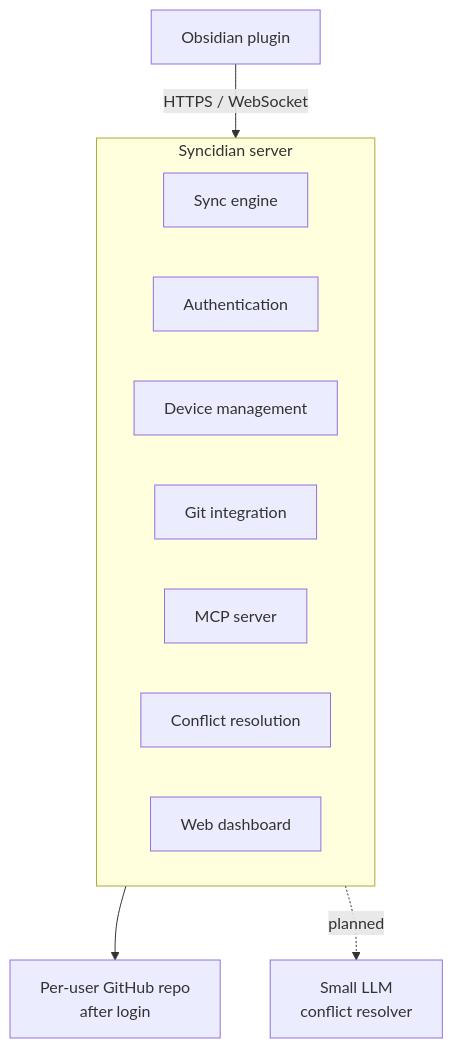
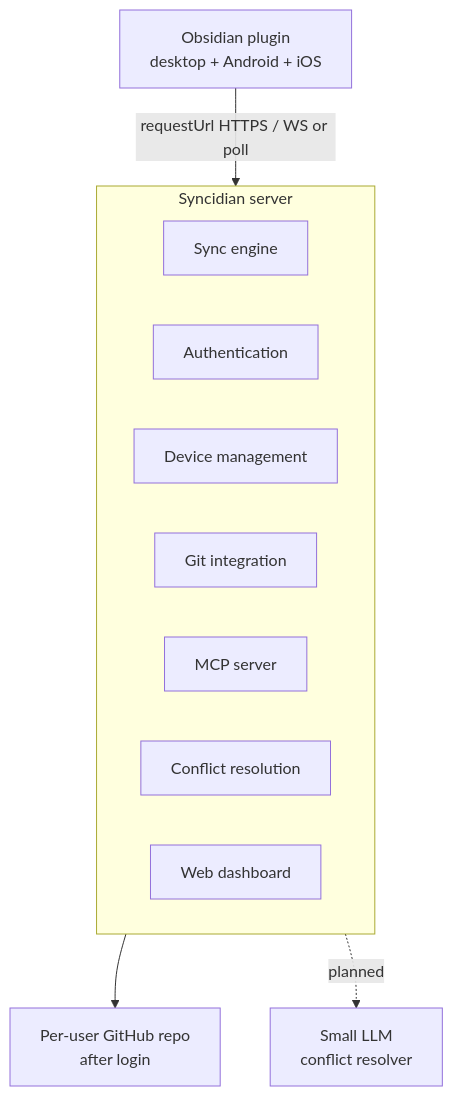
The third of 7 diagrams in README.md (shangeethsivan/Syncidian), drawn with Mermaid before and after one commit. The commit also changed other lines of this file and 2 other files, not shown here.

First line of the commit message:
Update architecture diagrams for mobile plugin transport

````diff
--- a/README.md
+++ b/README.md
@@ -251,17 +251,17 @@
 ```mermaid
 flowchart TB
-  Plugin["Obsidian plugin"] -->|"HTTPS / WebSocket"| SyncSrv
+  Plugin["Obsidian plugin<br/>desktop + Android + iOS"] -->|"requestUrl HTTPS / WS or poll"| SyncSrv
 
   subgraph SyncSrv [Syncidian server]
     Sync[Sync engine]
     Auth[Authentication]
     Devices[Device management]
     Git[Git integration]
     MCP[MCP server]
     Conflicts[Conflict resolution]
     Dash[Web dashboard]
   end
 
   SyncSrv --> GitHub["Per-user GitHub repo<br/>after login"]
   SyncSrv -.->|"planned"| LLM["Small LLM<br/>conflict resolver"]
 ```
````
